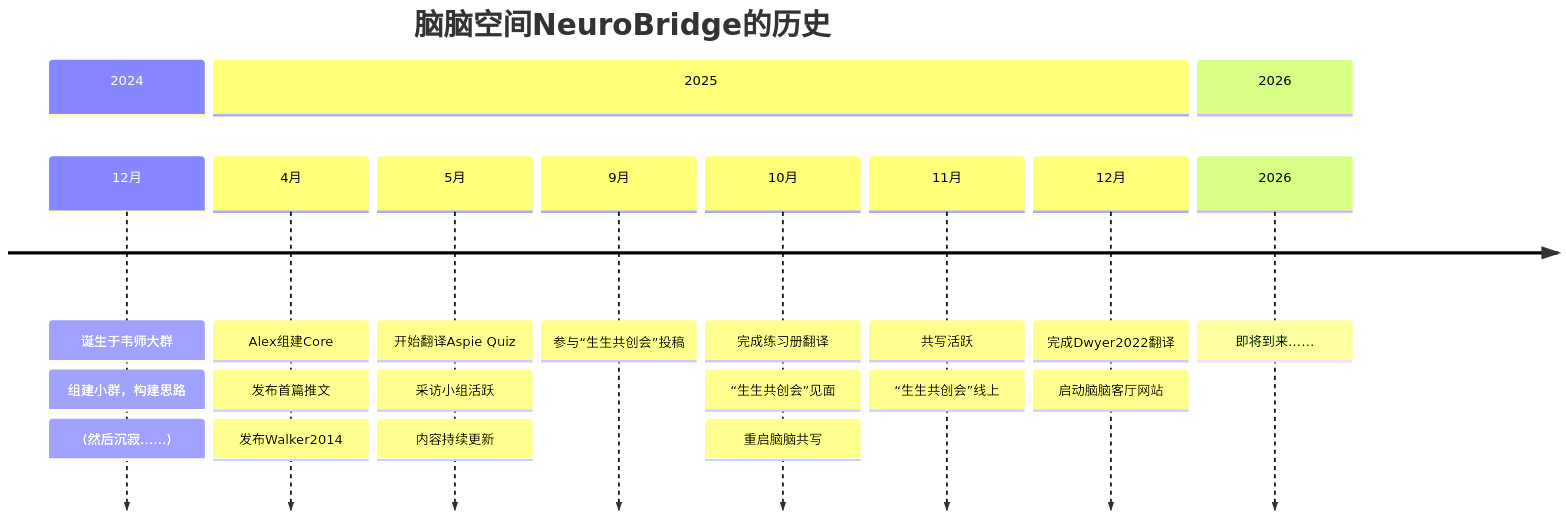
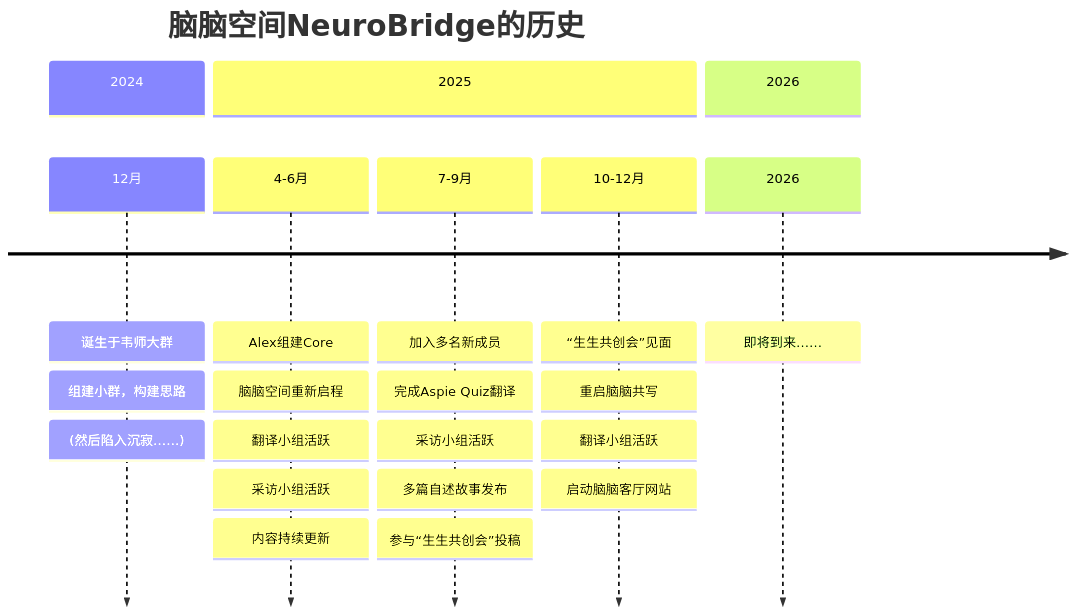
One commit to xyzhou0323/nblotus changed the diagram in content/docs/neurobridge/milestone/index.md. Above: the diagram before and after it, drawn with Mermaid. The commit also changed other lines of this file and 102 other files, not shown here.

````diff
--- a/content/docs/neurobridge/milestone/index.md
+++ b/content/docs/neurobridge/milestone/index.md
@@ -19,26 +20,26 @@
 ```mermaid
 timeline
     title 脑脑空间NeuroBridge的历史
     section 2024
         12月 : 诞生于韦师大群
              : 组建小群，构建思路
-             : (然后沉寂……)
+             : (然后陷入沉寂……)
     section 2025
-        4月 : Alex组建Core
-            : 发布首篇推文
-            : 发布Walker2014
-        5月 : 开始翻译Aspie Quiz
+        4-6月 : Alex组建Core
+            : 脑脑空间重新启程
+            : 翻译小组活跃
             : 采访小组活跃
             : 内容持续更新
-        9月 : 参与“生生共创会”投稿
-        10月 : 完成练习册翻译
-            : “生生共创会”见面
+        7-9月 : 加入多名新成员
+            : 完成Aspie Quiz翻译
+            : 采访小组活跃
+            : 多篇自述故事发布
+            : 参与“生生共创会”投稿
+        10-12月 : “生生共创会”见面
             : 重启脑脑共写
-        11月 : 共写活跃
-             : “生生共创会”线上
-        12月 : 完成Dwyer2022翻译
+            : 翻译小组活跃
             : 启动脑脑客厅网站
     section 2026
         2026 : 即将到来……
 
 ```
````
